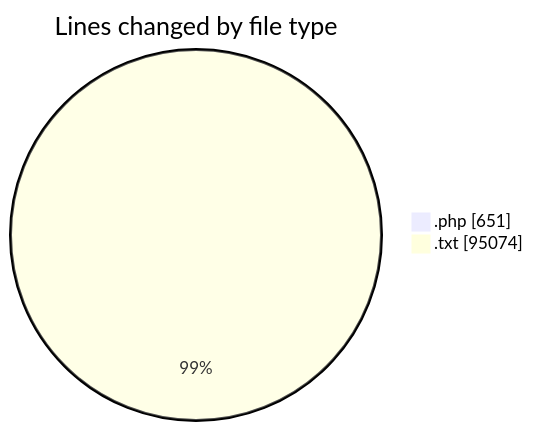
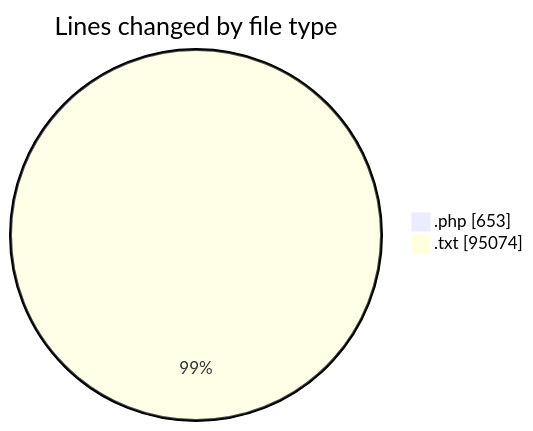
One commit to LanceThiago/code-tracking changed the first of 2 diagrams in 2026-02-09/enviarfacturas/README.md. Above: the diagram before and after it, drawn with Mermaid. The commit also changed other lines of this file and 1 other file, not shown here.

````diff
--- a/2026-02-09/enviarfacturas/README.md
+++ b/2026-02-09/enviarfacturas/README.md
@@ -25,6 +25,6 @@
 ```mermaid
 pie showData
 title Lines changed by file type
-".php" : 651
+".php" : 653
 ".txt" : 95074
 ```
````
